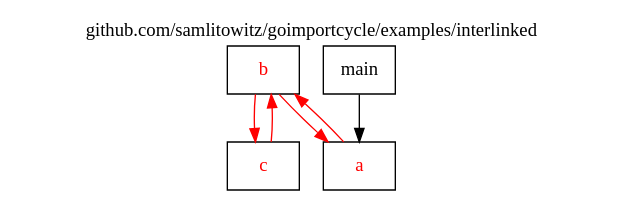
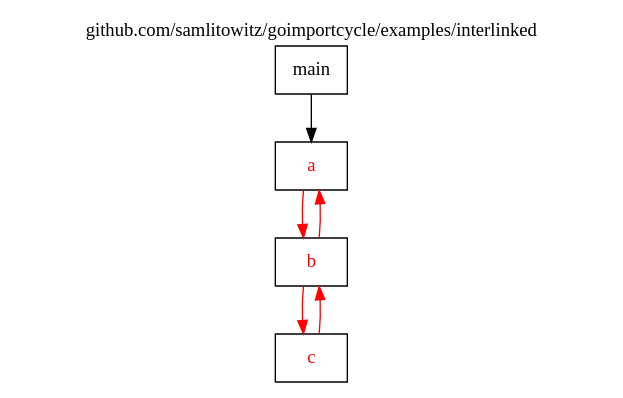
The diagram in assets/examples/interlinked/package.dot (samlitowitz/goimportcycle), drawn with Graphviz before and after one commit. The commit also changed other lines of this file and 13 other files, not shown here.

```diff
--- a/assets/examples/interlinked/package.dot
+++ b/assets/examples/interlinked/package.dot
@@ -1,17 +1,17 @@
 
 digraph {
 	labelloc="t";
 	label="github.com/samlitowitz/goimportcycle/examples/interlinked";
 	rankdir="TB";
 	node [shape="rect"];
 
+	pkg_a [label="a", style="filled", fontcolor="#ff0000", fillcolor="#ffffff"];
 	pkg_b [label="b", style="filled", fontcolor="#ff0000", fillcolor="#ffffff"];
 	pkg_c [label="c", style="filled", fontcolor="#ff0000", fillcolor="#ffffff"];
 	pkg_main [label="main", style="filled", fontcolor="#000000", fillcolor="#ffffff"];
-	pkg_a [label="a", style="filled", fontcolor="#ff0000", fillcolor="#ffffff"];
+	pkg_a -> pkg_b [color="#ff0000"];
 	pkg_b -> pkg_a [color="#ff0000"];
 	pkg_b -> pkg_c [color="#ff0000"];
 	pkg_c -> pkg_b [color="#ff0000"];
 	pkg_main -> pkg_a [color="#000000"];
-	pkg_a -> pkg_b [color="#ff0000"];
 }
```
